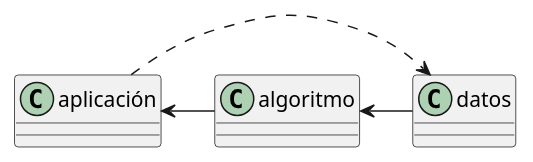
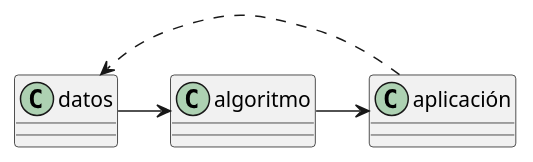
One commit to mmasias/chatGPT changed the diagram in modelosUML/componentes.puml. Above: the diagram before and after it, drawn with PlantUML. The commit also changed 1 other file, not shown here.

```diff
--- a/modelosUML/componentes.puml
+++ b/modelosUML/componentes.puml
@@ -1,7 +1,9 @@
 class datos
 class algoritmo
 class aplicación
 
-aplicación <- algoritmo
-algoritmo <- datos
+
+
+aplicación <-l- algoritmo
+algoritmo <-l- datos
 aplicación .> datos
```
